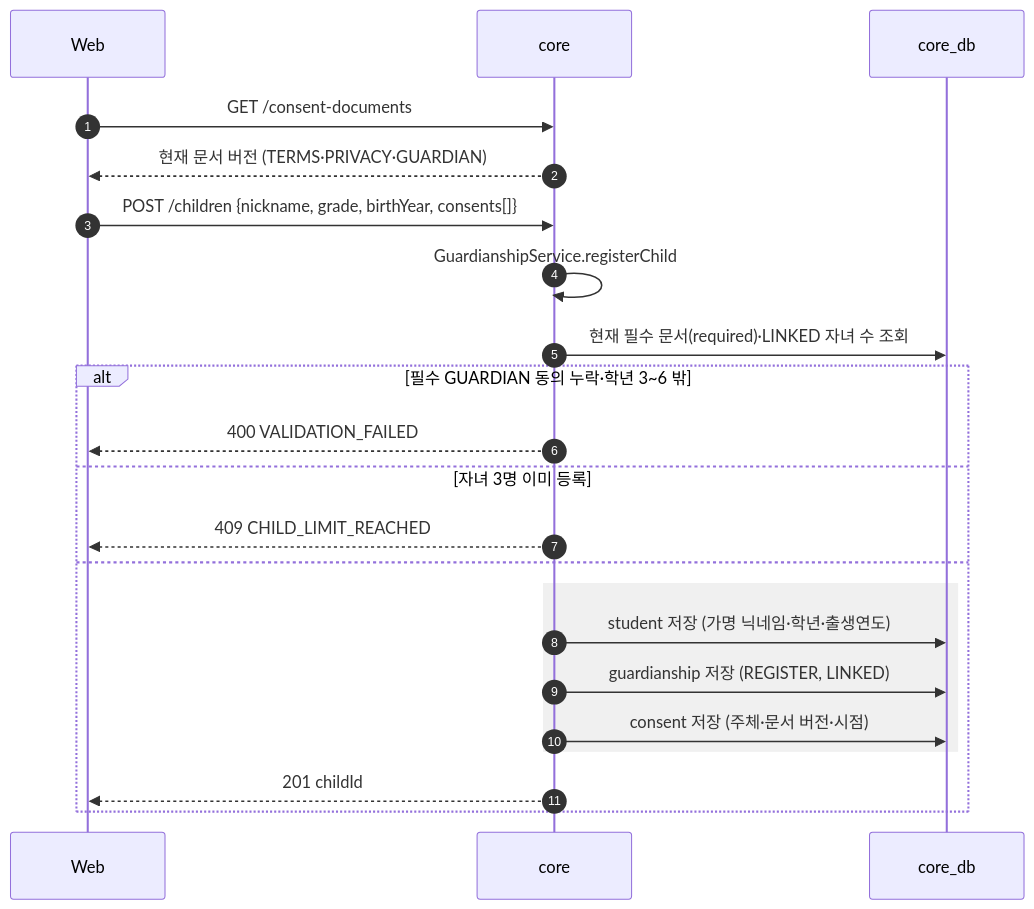
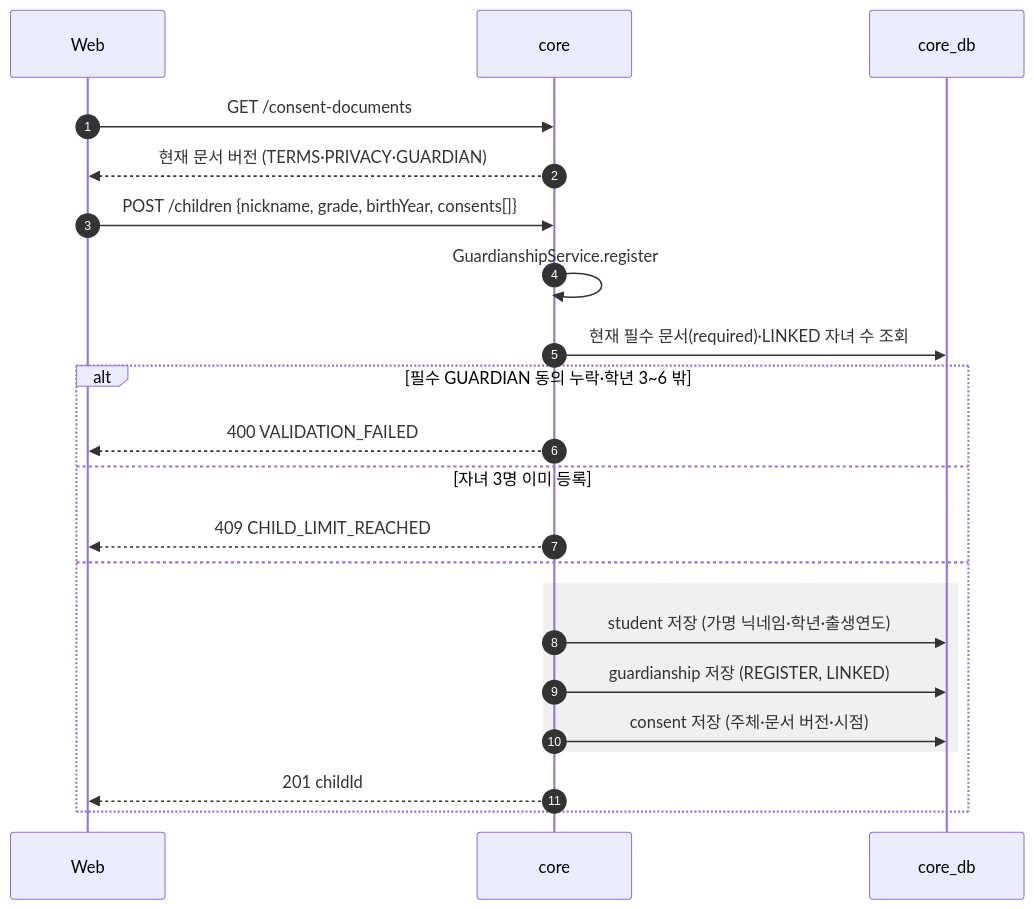
The second of 21 diagrams in docs/design/sequence-diagram.md (SKNETWORKS-FAMILY-AICAMP/SKN34-FINAL-3TEAM), drawn with Mermaid before and after one commit. The commit also changed other lines of this file and 8 other files, not shown here.

````diff
--- a/docs/design/sequence-diagram.md
+++ b/docs/design/sequence-diagram.md
@@ -77,25 +77,25 @@
 ```mermaid
 sequenceDiagram
   autonumber
   participant W as Web
   participant C as core
   participant DB as core_db
 
   W->>C: GET /consent-documents
   C-->>W: 현재 문서 버전 (TERMS·PRIVACY·GUARDIAN)
   W->>C: POST /children {nickname, grade, birthYear, consents[]}
-  C->>C: GuardianshipService.registerChild
+  C->>C: GuardianshipService.register
   C->>DB: 현재 필수 문서(required)·LINKED 자녀 수 조회
   alt 필수 GUARDIAN 동의 누락·학년 3~6 밖
     C-->>W: 400 VALIDATION_FAILED
   else 자녀 3명 이미 등록
     C-->>W: 409 CHILD_LIMIT_REACHED
   else
     rect rgba(128,128,128,0.12)
       C->>DB: student 저장 (가명 닉네임·학년·출생연도)
       C->>DB: guardianship 저장 (REGISTER, LINKED)
       C->>DB: consent 저장 (주체·문서 버전·시점)
     end
     C-->>W: 201 childId
   end
 ```
````
